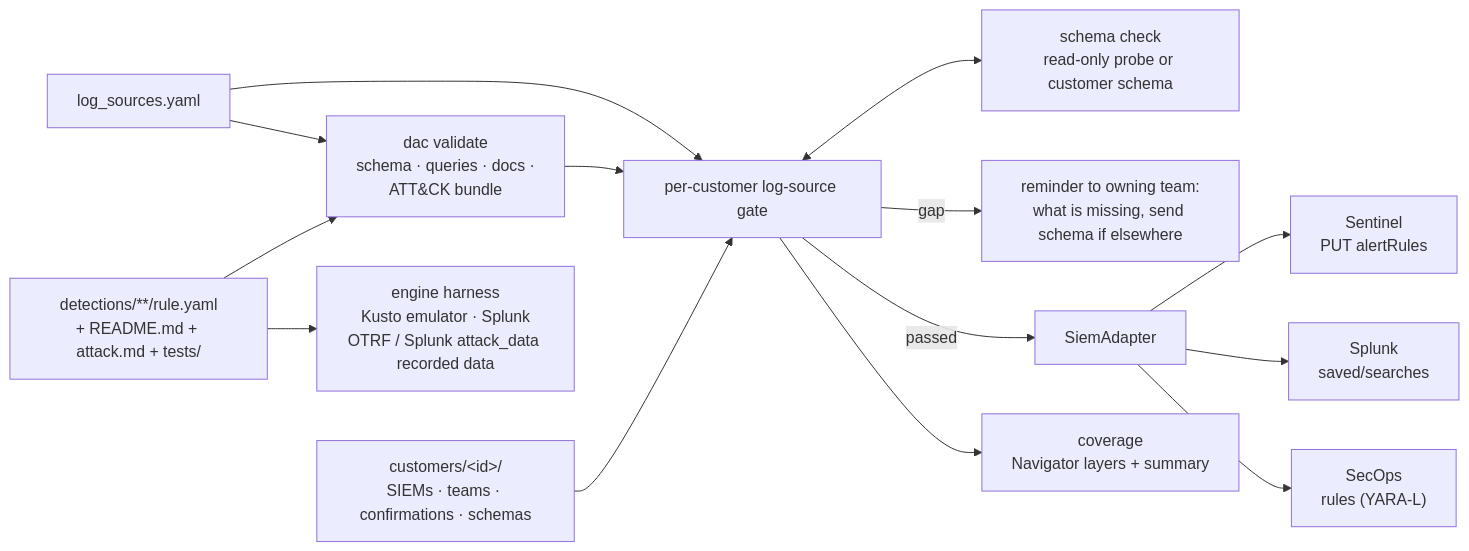
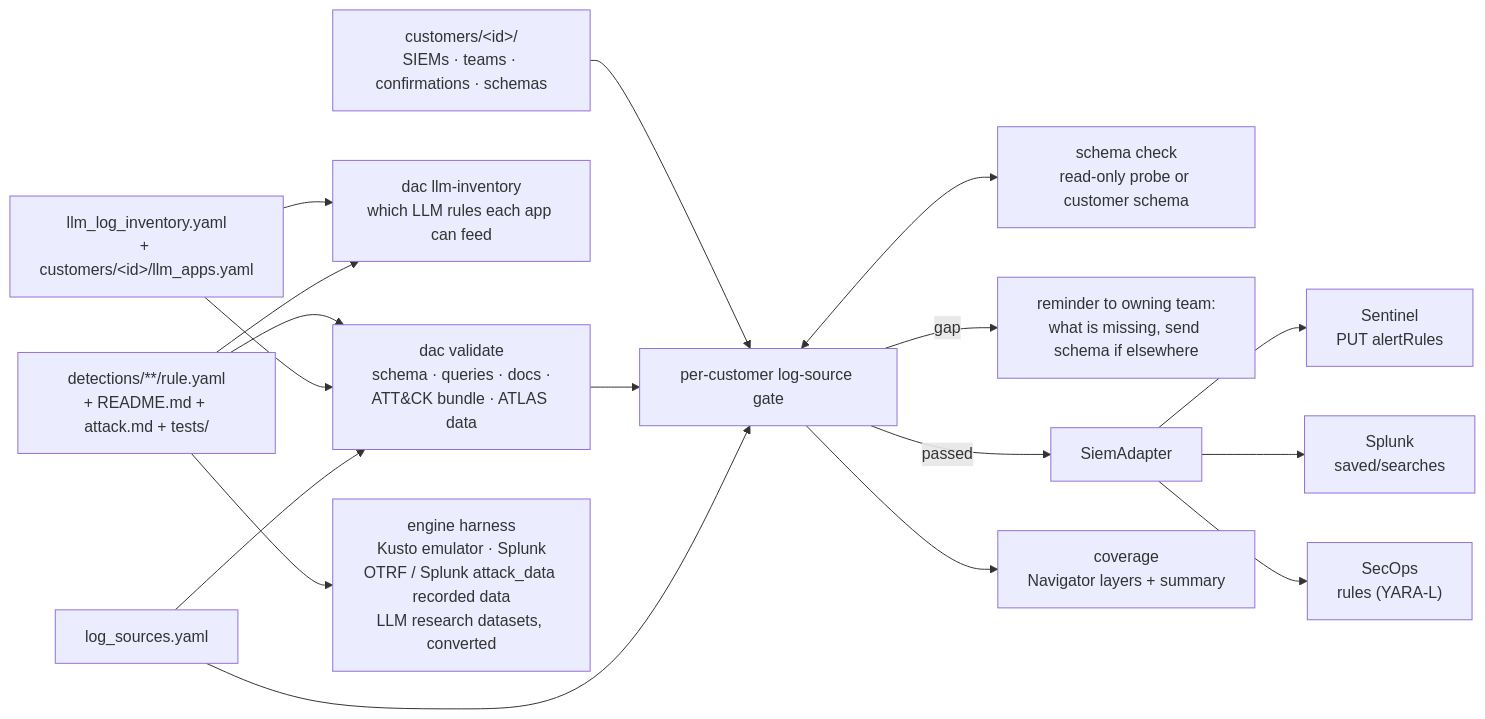
The diagram in README.md (HungryBrain-bot/detection_As_Code), drawn with Mermaid before and after one commit. The commit also changed other lines of this file and 18 other files, not shown here.

First line of the commit message:
Document the LLM detection practice: inventory skill, ADR 008, ATLAS check in CI

````diff
--- a/README.md
+++ b/README.md
@@ -42,16 +52,19 @@
 ```mermaid
 flowchart LR
-    RULE["detections/**/rule.yaml<br/>+ README.md + attack.md + tests/"] --> VAL["dac validate<br/>schema · queries · docs ·<br/>ATT&CK bundle"]
+    RULE["detections/**/rule.yaml<br/>+ README.md + attack.md + tests/"] --> VAL["dac validate<br/>schema · queries · docs ·<br/>ATT&CK bundle · ATLAS data"]
+    INV["llm_log_inventory.yaml<br/>+ customers/&lt;id&gt;/llm_apps.yaml"] --> VAL
+    INV --> LLMREP["dac llm-inventory<br/>which LLM rules each app can feed"]
+    RULE --> LLMREP
     LS["log_sources.yaml"] --> VAL
     CUST["customers/&lt;id&gt;/<br/>SIEMs · teams · confirmations · schemas"] --> GATE
     VAL --> GATE["per-customer log-source gate"]
     LS --> GATE
     GATE <--> SC["schema check<br/>read-only probe or customer schema"]
     GATE -- gap --> NOTIFY["reminder to owning team:<br/>what is missing, send schema if elsewhere"]
     GATE -- passed --> AD["SiemAdapter"]
     GATE --> COV["coverage<br/>Navigator layers + summary"]
-    RULE --> HAR["engine harness<br/>Kusto emulator · Splunk<br/>OTRF / Splunk attack_data recorded data"]
+    RULE --> HAR["engine harness<br/>Kusto emulator · Splunk<br/>OTRF / Splunk attack_data recorded data<br/>LLM research datasets, converted"]
     AD --> SEN["Sentinel<br/>PUT alertRules"]
     AD --> SPL["Splunk<br/>saved/searches"]
     AD --> SEC["SecOps<br/>rules (YARA-L)"]
 ```
````
